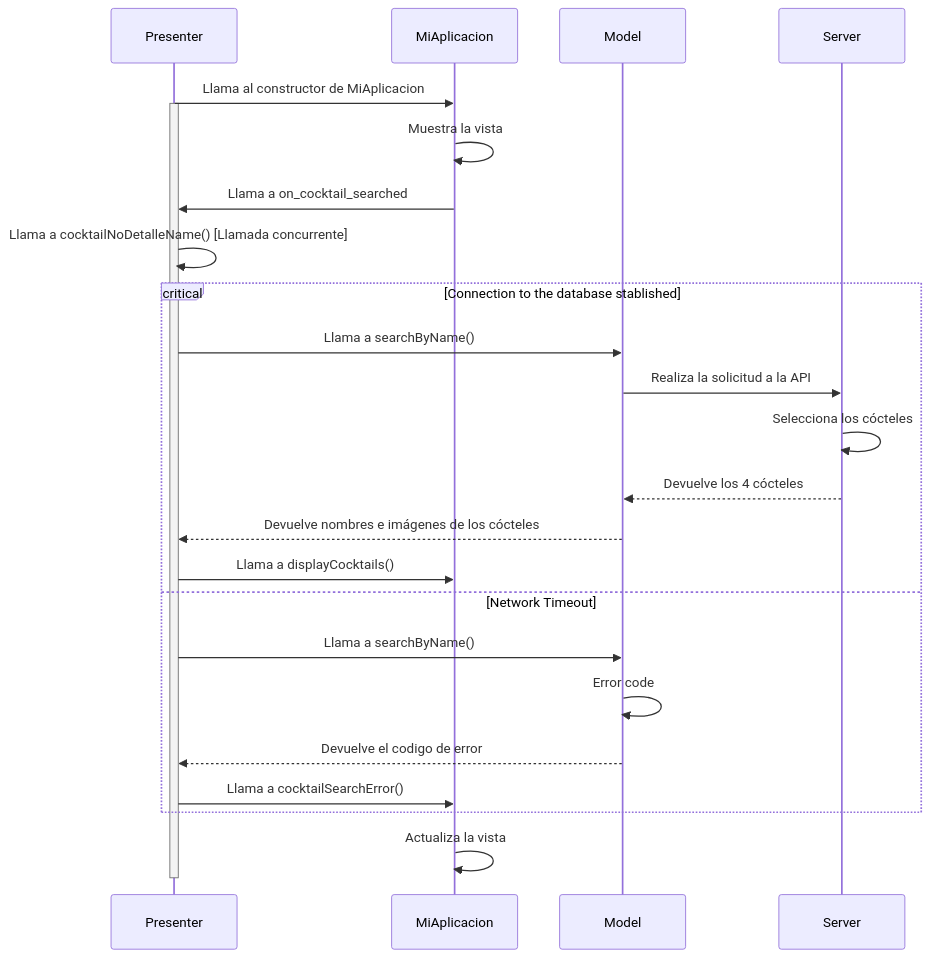
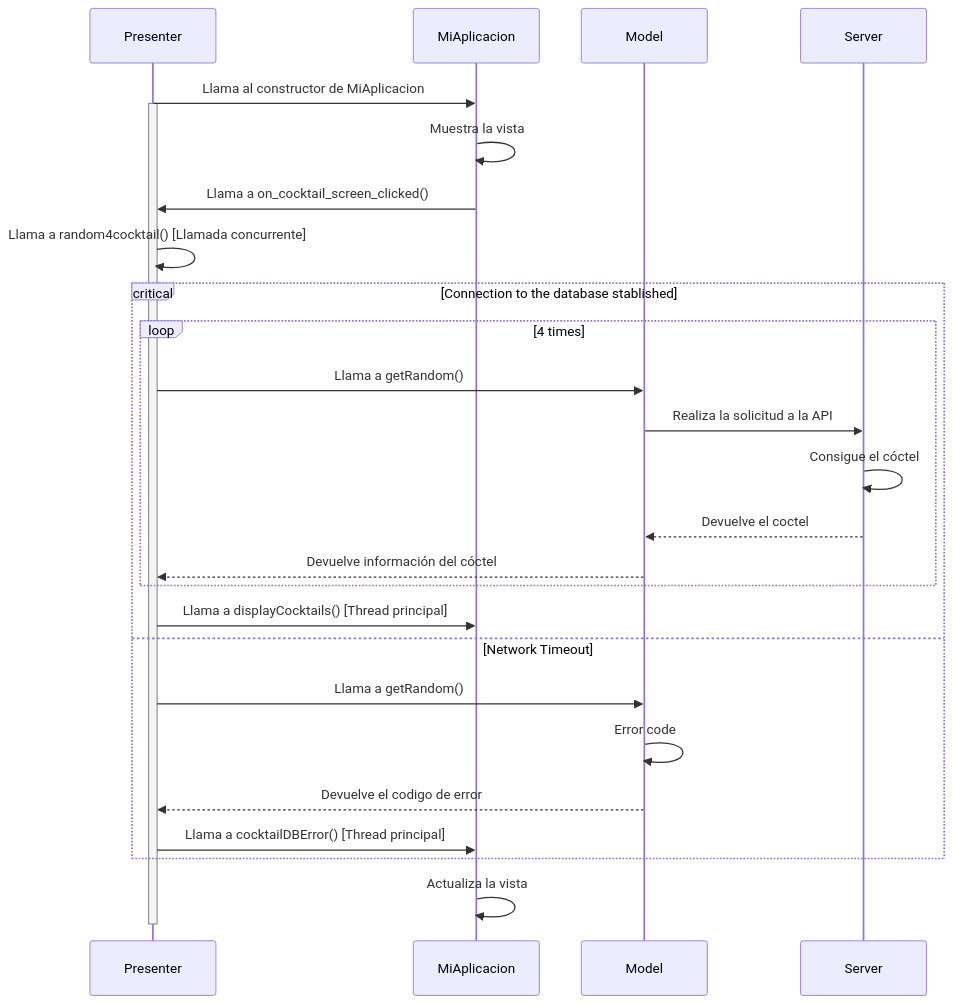
The fourth of 7 diagrams in Desktop/diseño_sw.md (braisf03/IPM), drawn with Mermaid before and after one commit.

Commit message:
👨‍🍳 <- yo

````diff
--- a/Desktop/diseño_sw.md
+++ b/Desktop/diseño_sw.md
@@ -167,34 +167,36 @@
 ```mermaid
 sequenceDiagram
 
 #--------------Definiciones de actores--------------#
     participant Presenter as Presenter
     participant MiAplicacion as MiAplicacion
     participant Model as Model
     participant Server as Server
 
 #--------------Inicio de la aplicación--------------#
     Presenter->>MiAplicacion: Llama al constructor de MiAplicacion
     activate Presenter
     MiAplicacion->>MiAplicacion: Muestra la vista
-    MiAplicacion->>Presenter: Llama a on_cocktail_searched
-    Presenter->>Presenter: Llama a cocktailNoDetalleName() [Llamada concurrente]
+    MiAplicacion->>Presenter: Llama a on_cocktail_screen_clicked()
+    Presenter->>Presenter: Llama a random4cocktail() [Llamada concurrente]
 
 #-------------Accesos a la base de datos------------#        
     critical Connection to the database stablished
-        Presenter->>Model: Llama a searchByName()
-        Model->>Server: Realiza la solicitud a la API
-        Server->>Server: Selecciona los cócteles
-        Server-->>Model: Devuelve los 4 cócteles
-        Model-->>Presenter: Devuelve nombres e imágenes de los cócteles
-        Presenter->>MiAplicacion: Llama a displayCocktails()
+        loop 4 times
+            Presenter->>Model: Llama a getRandom()
+            Model->>Server:  Realiza la solicitud a la API
+            Server->>Server: Consigue el cóctel
+            Server-->>Model: Devuelve el coctel
+            Model-->>Presenter: Devuelve información del cóctel
+        end
+        Presenter->>MiAplicacion: Llama a displayCocktails() [Thread principal]
     option Network Timeout
-            Presenter->>Model: Llama a searchByName()
+            Presenter->>Model: Llama a getRandom()
             Model->>Model: Error code
             Model-->>Presenter: Devuelve el codigo de error
-            Presenter->>MiAplicacion: Llama a cocktailSearchError()
+            Presenter->>MiAplicacion: Llama a cocktailDBError() [Thread principal]
     end
    MiAplicacion->>MiAplicacion: Actualiza la vista
 
     deactivate Presenter
 ```
````
